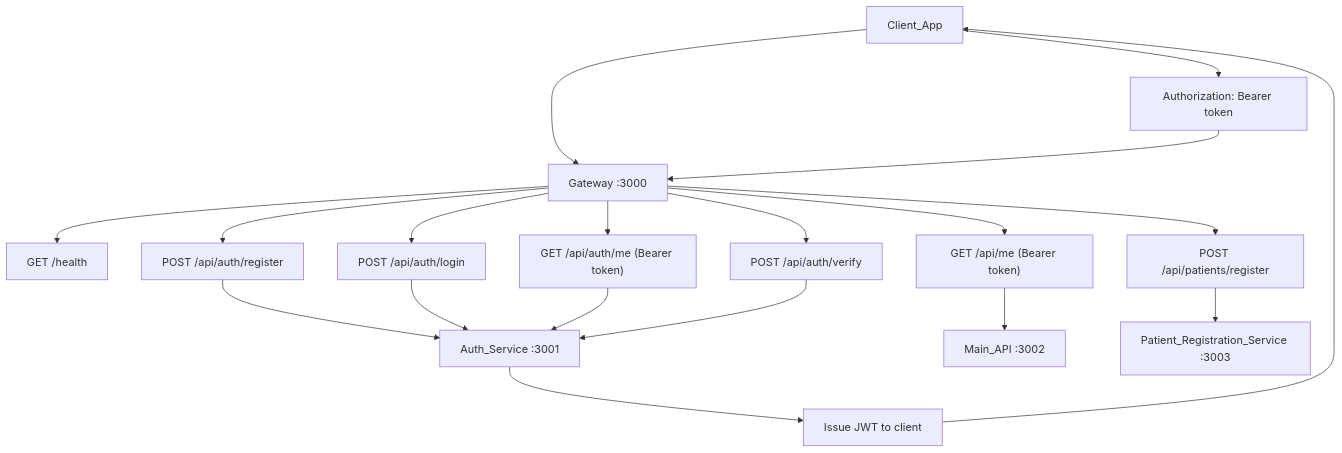
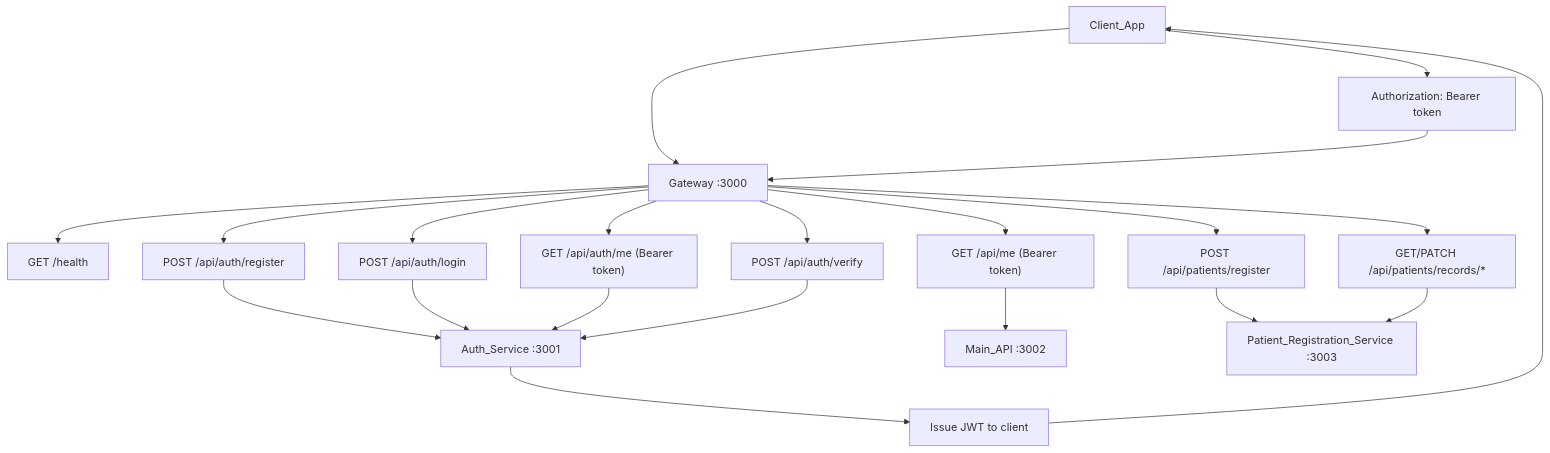
One commit to HWDevOps-Group6/Coursework changed the diagram in README.md. Above: the diagram before and after it, drawn with Mermaid. The commit also changed other lines of this file and 6 other files, not shown here.

````diff
--- a/README.md
+++ b/README.md
@@ -37,25 +37,27 @@
 ```mermaid
 flowchart TD
 Client[Client_App] --> Gateway["Gateway :3000"]
 
 Gateway --> GWHealth["GET /health"]
 Gateway --> GWAuthRegister["POST /api/auth/register"]
 Gateway --> GWAuthLogin["POST /api/auth/login"]
 Gateway --> GWAuthMe["GET /api/auth/me (Bearer token)"]
 Gateway --> GWAuthVerify["POST /api/auth/verify"]
 Gateway --> GWMainMe["GET /api/me (Bearer token)"]
 
 GWAuthRegister --> AuthService["Auth_Service :3001"]
 GWAuthLogin --> AuthService
 GWAuthMe --> AuthService
 GWAuthVerify --> AuthService
 
 GWMainMe --> MainService["Main_API :3002"]
 Gateway --> GWPatientReg["POST /api/patients/register"]
+Gateway --> GWPatientRecords["GET/PATCH /api/patients/records/*"]
 GWPatientReg --> PatientRegService["Patient_Registration_Service :3003"]
+GWPatientRecords --> PatientRegService["Patient_Registration_Service :3003"]
 
 AuthService --> IssueJwt["Issue JWT to client"]
 IssueJwt --> Client
 Client --> SendBearer["Authorization: Bearer token"]
 SendBearer --> Gateway
 ```
````
